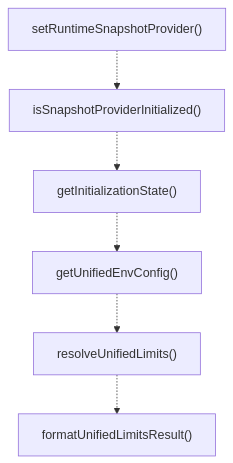
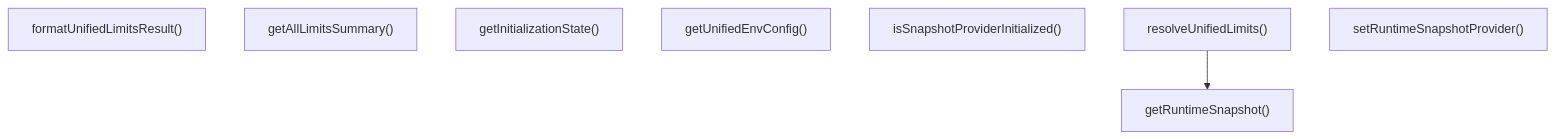
Before and after one commit to Mekann2904/mekann: the third of 4 diagrams in ABDD/.pi/lib/unified-limit-resolver.md, drawn with Mermaid. The commit also changed other lines of this file and 277 other files, not shown here.

````diff
--- a/ABDD/.pi/lib/unified-limit-resolver.md
+++ b/ABDD/.pi/lib/unified-limit-resolver.md
@@ -93,14 +93,12 @@
 ```mermaid
 flowchart TD
+  formatUnifiedLimitsResult["formatUnifiedLimitsResult()"]
+  getAllLimitsSummary["getAllLimitsSummary()"]
+  getInitializationState["getInitializationState()"]
+  getRuntimeSnapshot["getRuntimeSnapshot()"]
+  getUnifiedEnvConfig["getUnifiedEnvConfig()"]
+  isSnapshotProviderInitialized["isSnapshotProviderInitialized()"]
+  resolveUnifiedLimits["resolveUnifiedLimits()"]
   setRuntimeSnapshotProvider["setRuntimeSnapshotProvider()"]
-  isSnapshotProviderInitialized["isSnapshotProviderInitialized()"]
-  getInitializationState["getInitializationState()"]
-  getUnifiedEnvConfig["getUnifiedEnvConfig()"]
-  resolveUnifiedLimits["resolveUnifiedLimits()"]
-  formatUnifiedLimitsResult["formatUnifiedLimitsResult()"]
-  setRuntimeSnapshotProvider -.-> isSnapshotProviderInitialized
-  isSnapshotProviderInitialized -.-> getInitializationState
-  getInitializationState -.-> getUnifiedEnvConfig
-  getUnifiedEnvConfig -.-> resolveUnifiedLimits
-  resolveUnifiedLimits -.-> formatUnifiedLimitsResult
+  resolveUnifiedLimits --> getRuntimeSnapshot
 ```
````
